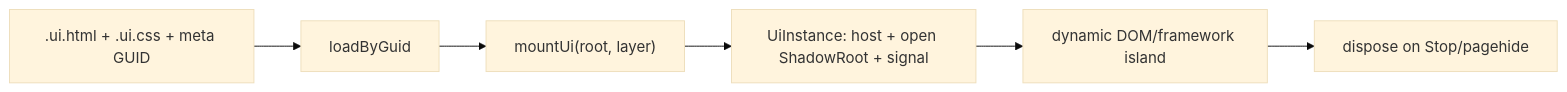
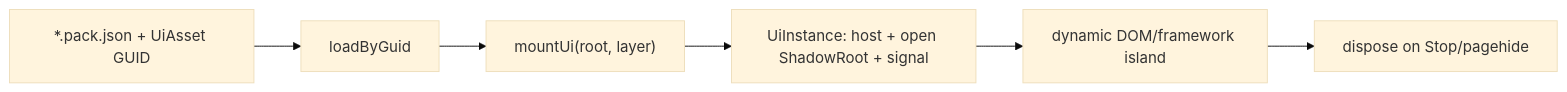
Before and after one commit to ForgeaX-Games/forgeax-editor: the second of 2 diagrams in packages/engine/packages/ui/README.md, drawn with Mermaid (base theme). The commit also changed other lines of this file and 285 other files, not shown here.

````diff
--- a/packages/engine/packages/ui/README.md
+++ b/packages/engine/packages/ui/README.md
@@ -89,8 +89,8 @@
 ```mermaid
 flowchart LR
-  source[".ui.html + .ui.css + meta GUID"] --> load["loadByGuid<UiAsset>"]
+  source["*.pack.json + UiAsset GUID"] --> load["loadByGuid<UiAsset>"]
   load --> mount["mountUi(root, layer)"]
   mount --> instance["UiInstance: host + open ShadowRoot + signal"]
   instance --> behavior["dynamic DOM/framework island"]
   behavior --> dispose["dispose on Stop/pagehide"]
 ```
````
